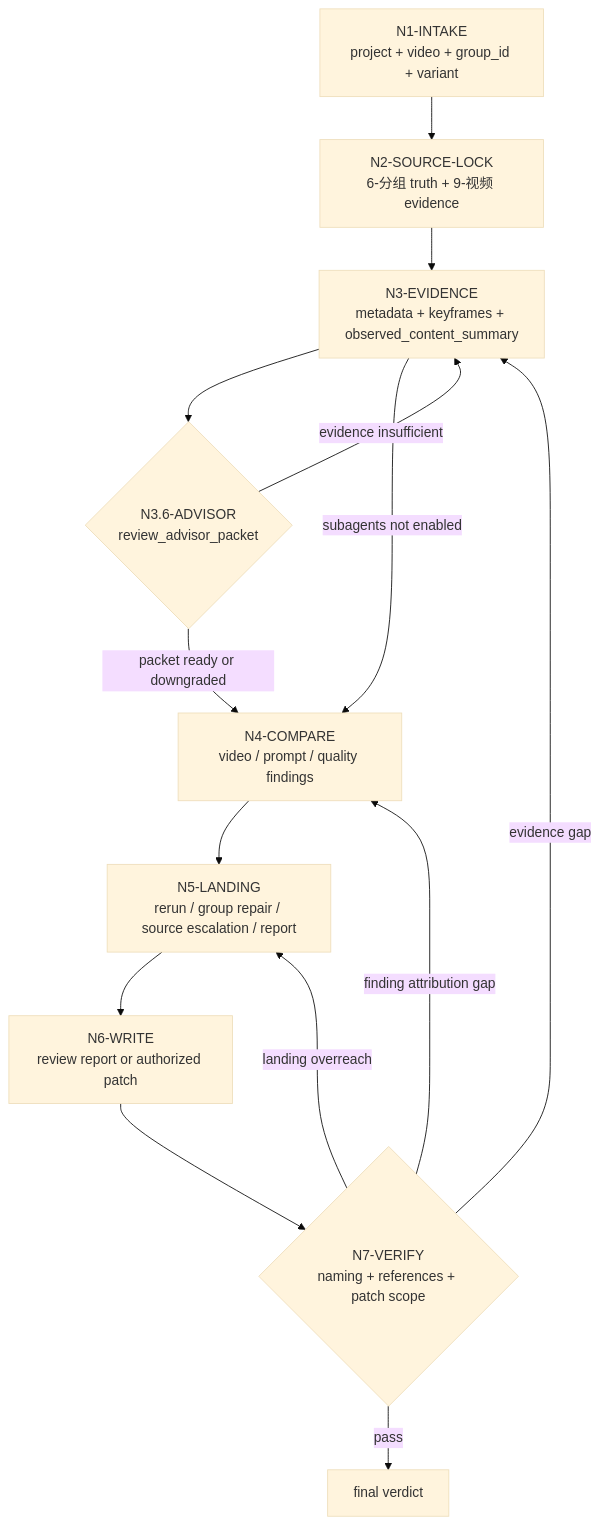
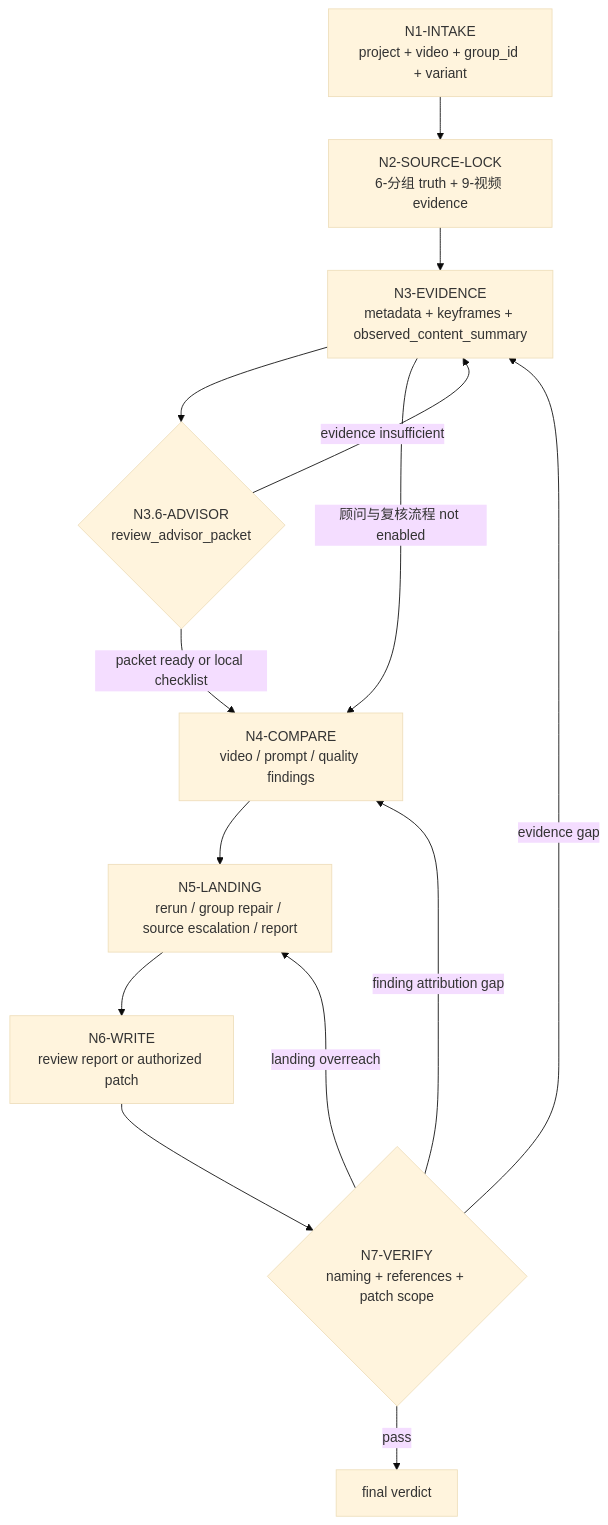
One commit to ZEN-VOID/AI-CUT changed the diagram in .agents/skills/aigc/10-审片/steps/video-review-workflow.md. Above: the diagram before and after it, drawn with Mermaid (base theme). The commit also changed other lines of this file and 137 other files, not shown here.

````diff
--- a/.agents/skills/aigc/10-审片/steps/video-review-workflow.md
+++ b/.agents/skills/aigc/10-审片/steps/video-review-workflow.md
@@ -5,16 +5,16 @@
 ```mermaid
 flowchart TD
     N1["N1-INTAKE<br/>project + video + group_id + variant"] --> N2["N2-SOURCE-LOCK<br/>6-分组 truth + 9-视频 evidence"]
     N2 --> N3["N3-EVIDENCE<br/>metadata + keyframes + observed_content_summary"]
     N3 --> N36{"N3.6-ADVISOR<br/>review_advisor_packet"}
     N36 -->|"evidence insufficient"| N3
-    N36 -->|"packet ready or downgraded"| N4["N4-COMPARE<br/>video / prompt / quality findings"]
-    N3 -->|"subagents not enabled"| N4
+    N36 -->|"packet ready or local checklist"| N4["N4-COMPARE<br/>video / prompt / quality findings"]
+    N3 -->|"顾问与复核流程 not enabled"| N4
     N4 --> N5["N5-LANDING<br/>rerun / group repair / source escalation / report"]
     N5 --> N6["N6-WRITE<br/>review report or authorized patch"]
     N6 --> N7{"N7-VERIFY<br/>naming + references + patch scope"}
     N7 -->|"pass"| DONE["final verdict"]
     N7 -->|"evidence gap"| N3
     N7 -->|"finding attribution gap"| N4
     N7 -->|"landing overreach"| N5
 ```
````
